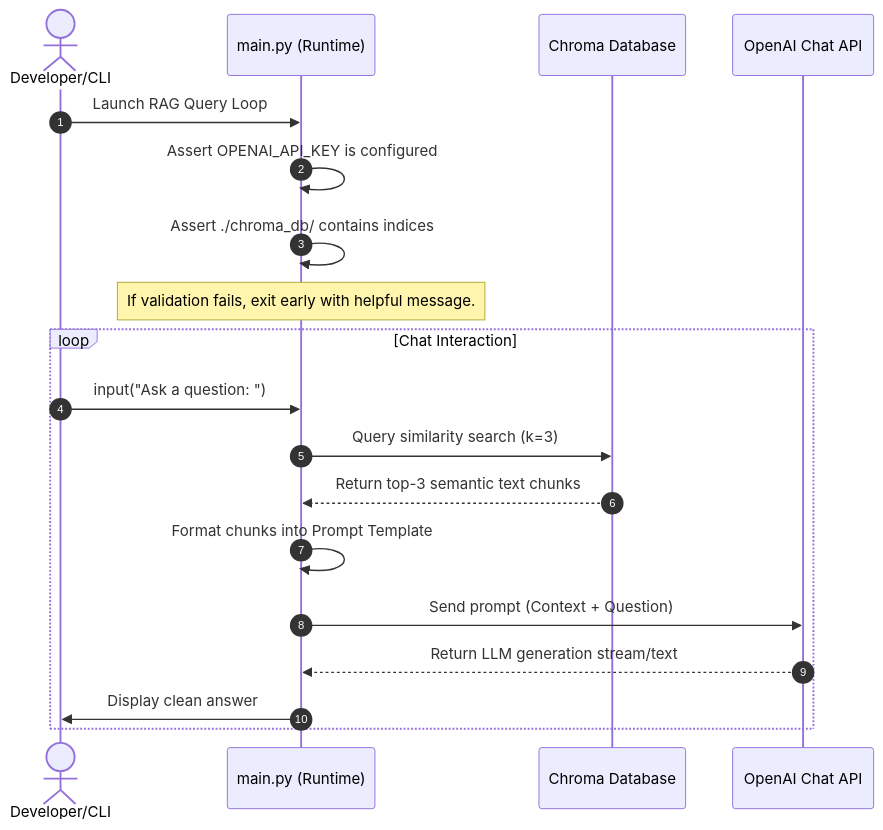
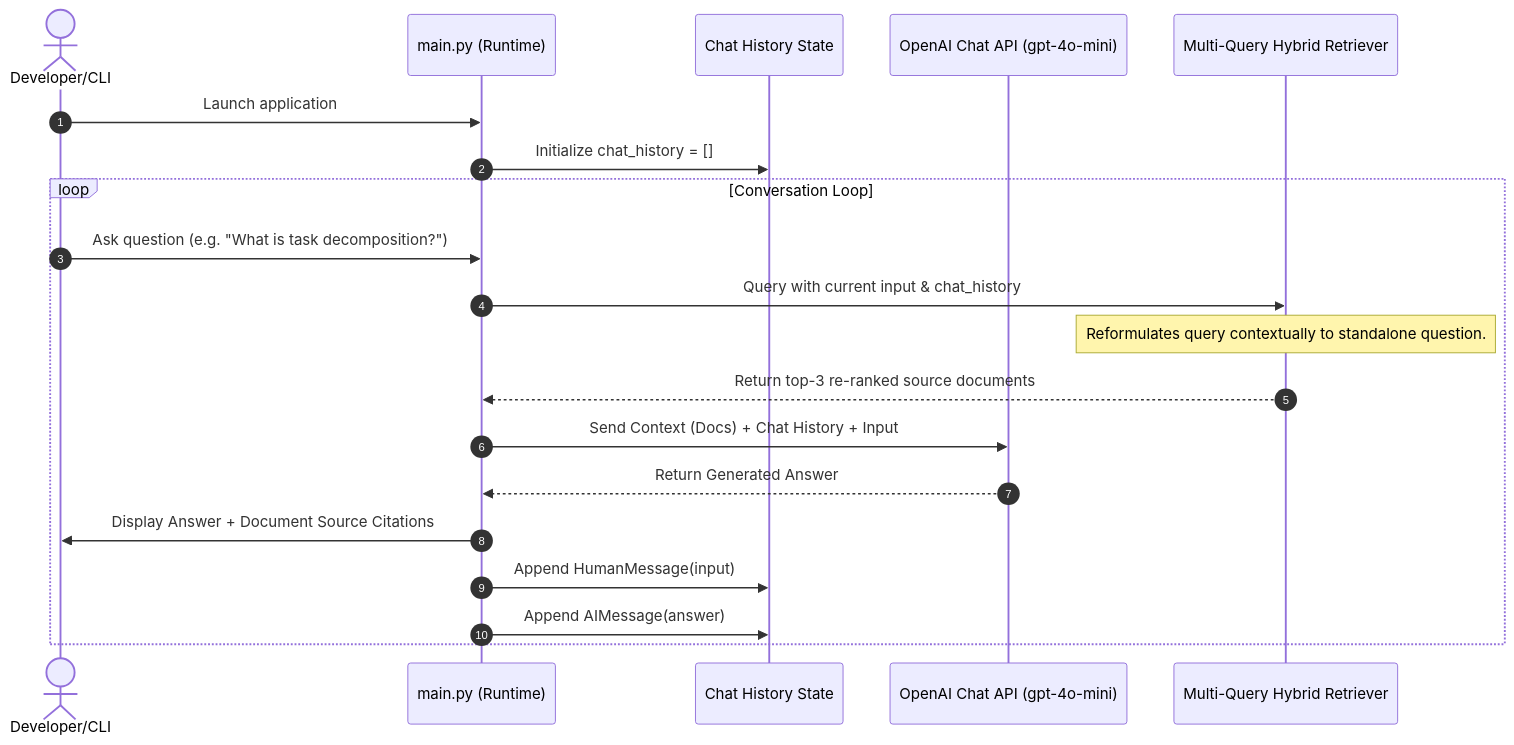
Before and after one commit to Sh1vaay/RAG: the third of 3 diagrams in README.md, drawn with Mermaid. The commit also changed other lines of this file, not shown here.

````diff
--- a/README.md
+++ b/README.md
@@ -90,23 +127,26 @@
 ```mermaid
 sequenceDiagram
     autonumber
     actor User as Developer/CLI
     participant Main as main.py (Runtime)
-    participant DB as Chroma Database
-    participant OpenAI as OpenAI Chat API
+    participant Hist as Chat History State
+    participant LLM as OpenAI Chat API (gpt-4o-mini)
+    participant Retriever as Multi-Query Hybrid Retriever
 
-    User->>Main: Launch RAG Query Loop
-    Main->>Main: Assert OPENAI_API_KEY is configured
-    Main->>Main: Assert ./chroma_db/ contains indices
-    Note over Main: If validation fails, exit early with helpful message.
-
-    loop Chat Interaction
-        User->>Main: input("Ask a question: ")
-        Main->>DB: Query similarity search (k=3)
-        DB-->>Main: Return top-3 semantic text chunks
-        Main->>Main: Format chunks into Prompt Template
-        Main->>OpenAI: Send prompt (Context + Question)
-        OpenAI-->>Main: Return LLM generation stream/text
-        Main->>User: Display clean answer
+    User->>Main: Launch application
+    Main->>Hist: Initialize chat_history = []
+    
+    loop Conversation Loop
+        User->>Main: Ask question (e.g. "What is task decomposition?")
+        Main->>Retriever: Query with current input & chat_history
+        Note over Retriever: Reformulates query contextually to standalone question.
+        Retriever-->>Main: Return top-3 re-ranked source documents
+        Main->>LLM: Send Context (Docs) + Chat History + Input
+        LLM-->>Main: Return Generated Answer
+        Main->>User: Display Answer + Document Source Citations
+        
+        %% Update memory
+        Main->>Hist: Append HumanMessage(input)
+        Main->>Hist: Append AIMessage(answer)
     end
 ```
````
